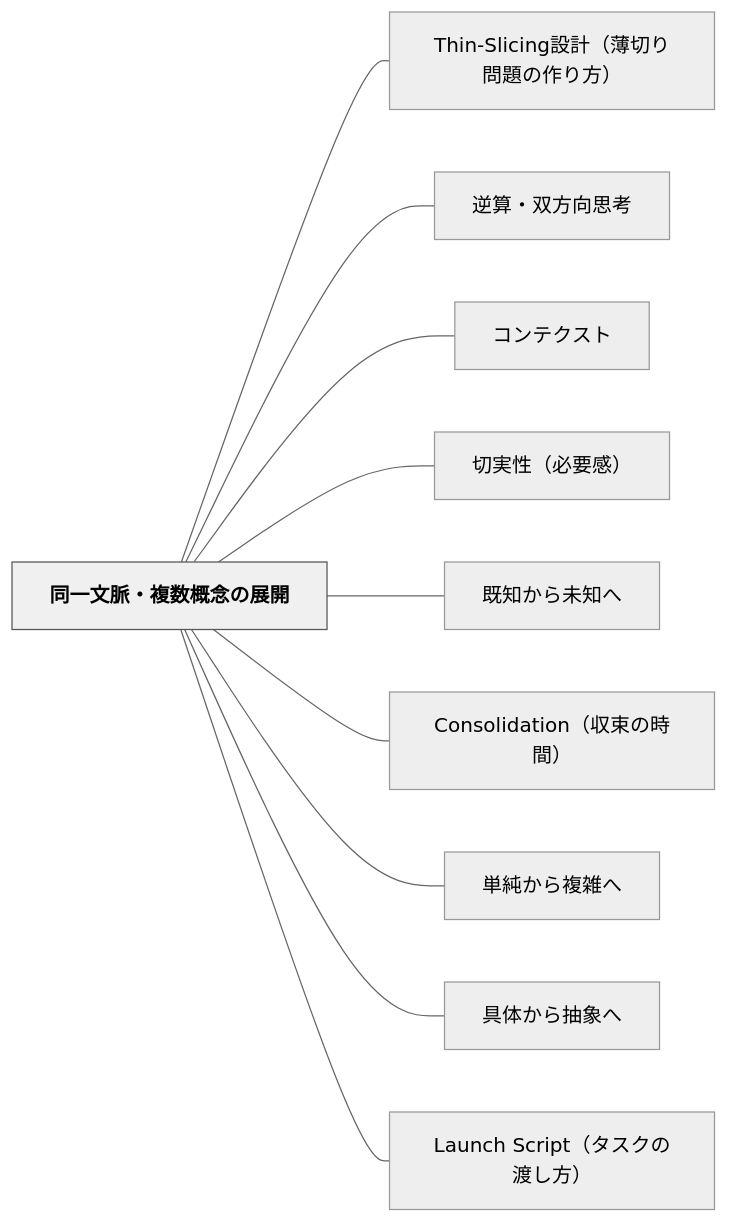
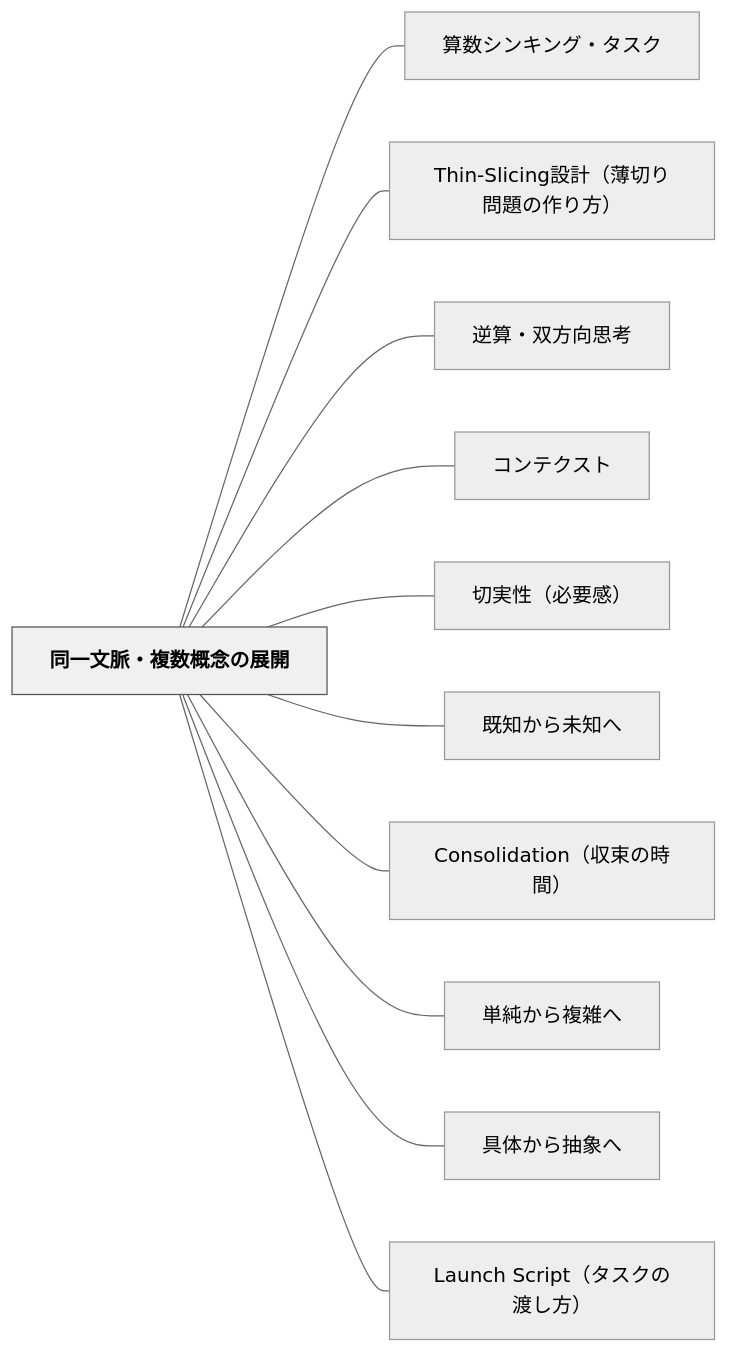
Before and after one commit to unknownthings-ed-patterns/unknownthings-ed-patterns: the diagram in content/パタン/同一文脈・複数概念の展開.md, drawn with Mermaid (neutral theme). The commit also changed other lines of this file and 473 other files, not shown here.

````diff
--- a/content/パタン/同一文脈・複数概念の展開.md
+++ b/content/パタン/同一文脈・複数概念の展開.md
@@ -138,26 +139,28 @@
 ```mermaid
 flowchart LR
     ne5908ce4b880["同一文脈・複数概念の展開"]
+    ne7ae97e695b0["算数シンキング・タスク"]
     n5468696e2d53["Thin-Slicing設計（薄切り問題の作り方）"]
     ne98086e7ae97["逆算・双方向思考"]
     ne382b3e383b3["コンテクスト"]
     ne58887e5ae9f["切実性（必要感）"]
     ne697a2e79fa5["既知から未知へ"]
     n436f6e736f6c["Consolidation（収束の時間）"]
     ne58d98e7b494["単純から複雑へ"]
     ne585b7e4bd93["具体から抽象へ"]
     n4c61756e6368["Launch Script（タスクの渡し方）"]
 
+    ne5908ce4b880 --- ne7ae97e695b0
     ne5908ce4b880 --- n5468696e2d53
     ne5908ce4b880 --- ne98086e7ae97
     ne5908ce4b880 --- ne382b3e383b3
     ne5908ce4b880 --- ne58887e5ae9f
     ne5908ce4b880 --- ne697a2e79fa5
     ne5908ce4b880 --- n436f6e736f6c
     ne5908ce4b880 --- ne58d98e7b494
     ne5908ce4b880 --- ne585b7e4bd93
     ne5908ce4b880 --- n4c61756e6368
 
     classDef hub fill:#f0f0f0,stroke:#555,color:#000,font-weight:bold
     class ne5908ce4b880 hub
 ```
````
